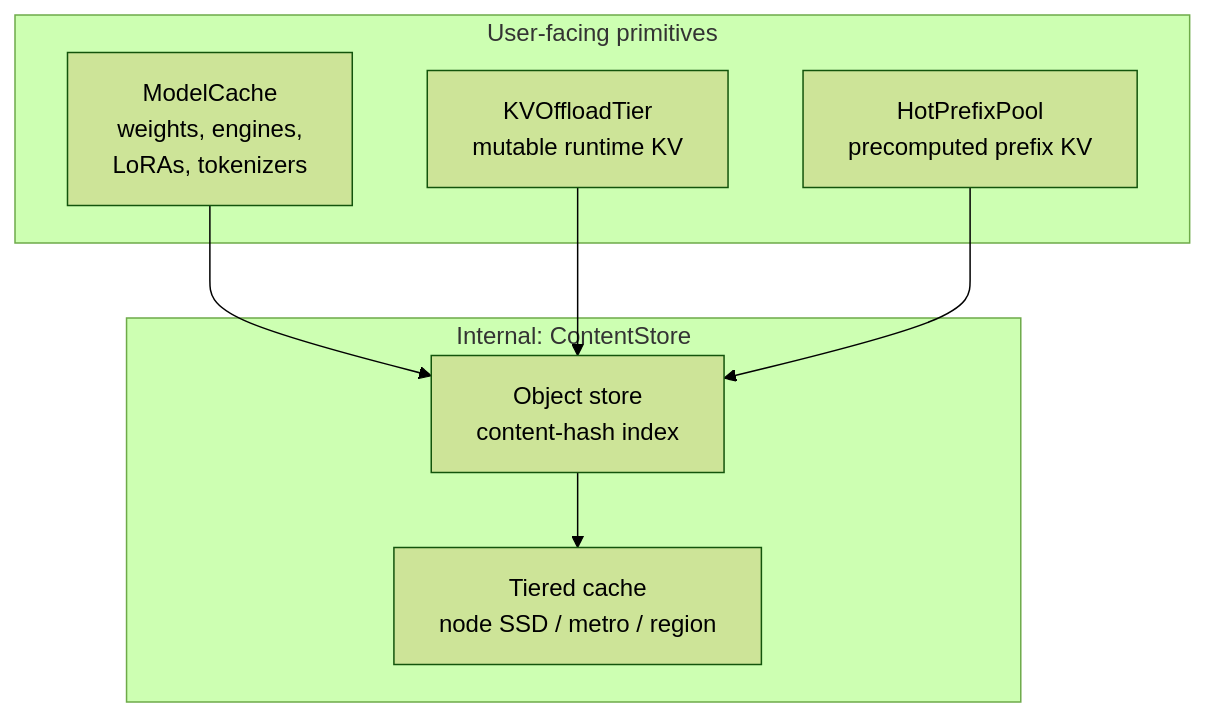
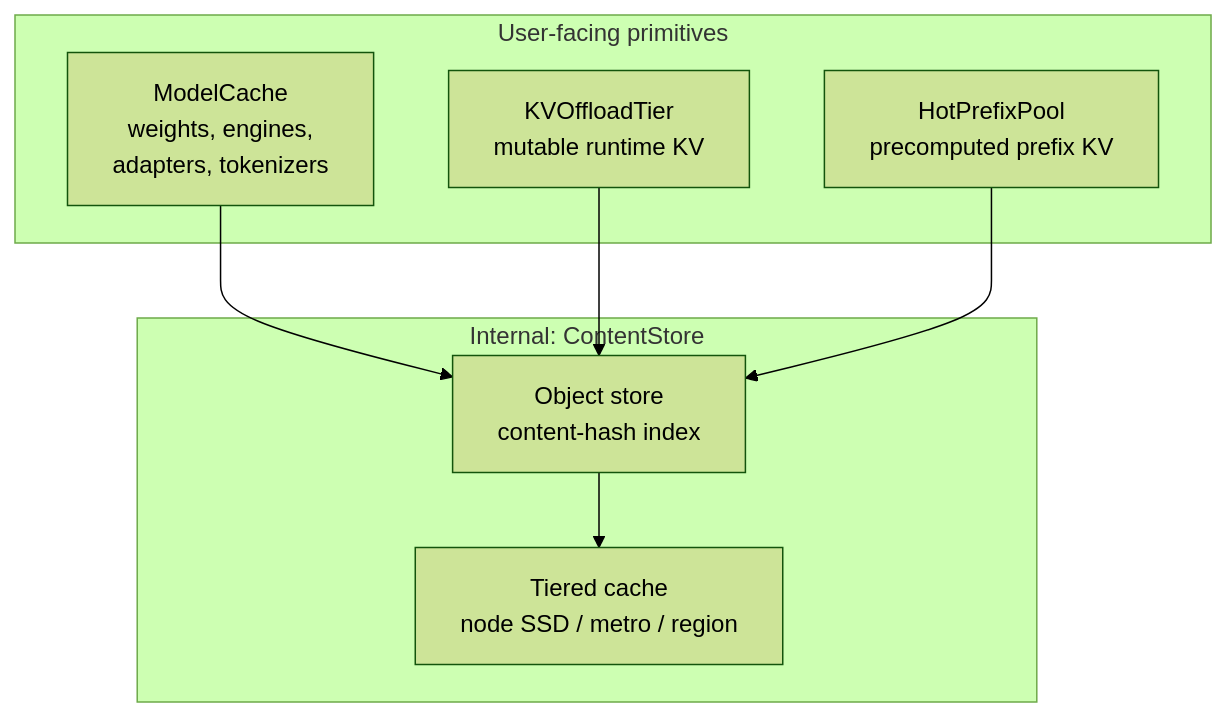
The fourth of 5 diagrams in design/modelcache/design.md (modelplaneai/modelplane), drawn with Mermaid (forest theme) before and after one commit. The commit also changed other lines of this file and 2 other files, not shown here.

````diff
--- a/design/modelcache/design.md
+++ b/design/modelcache/design.md
@@ -256,16 +258,16 @@
 ```mermaid
 flowchart TB
   subgraph USER[User-facing primitives]
-    MC[ModelCache<br/>weights, engines,<br/>LoRAs, tokenizers]
+    MC[ModelCache<br/>weights, engines,<br/>adapters, tokenizers]
     KV[KVOffloadTier<br/>mutable runtime KV]
     HPP[HotPrefixPool<br/>precomputed prefix KV]
   end
   subgraph SUBSTRATE[Internal: ContentStore]
     HASH[Object store<br/>content-hash index]
     TIER[Tiered cache<br/>node SSD / metro / region]
   end
   MC --> HASH
   KV --> HASH
   HPP --> HASH
   HASH --> TIER
 ```
````
